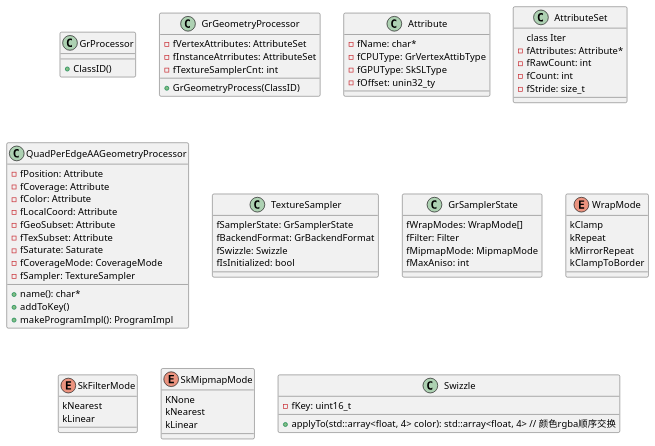
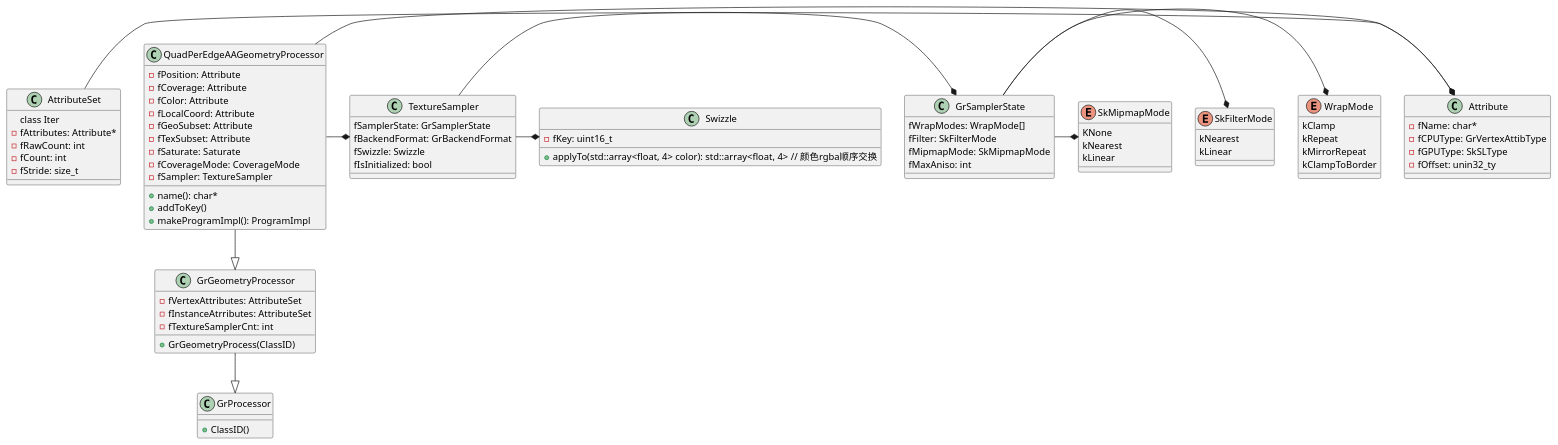
One commit to liuyanxing/note changed the diagram in skia/class/GrProcessor.puml. Above: the diagram before and after it, drawn with PlantUML.

Commit message:
add note

```diff
--- a/skia/class/GrProcessor.puml
+++ b/skia/class/GrProcessor.puml
@@ -1,79 +1,94 @@
 @startuml GrProcessor
 	class GrProcessor {
 		+ClassID()
 	}
 
 	class GrGeometryProcessor {
 		+GrGeometryProcess(ClassID)
 		-fVertexAttributes: AttributeSet
 		-fInstanceAtrributes: AttributeSet
 		-fTextureSamplerCnt: int
 	}
+
+	GrGeometryProcessor --|> GrProcessor
 
 	class Attribute {
 		-fName: char*
 		-fCPUType: GrVertexAttibType
 		-fGPUType: SkSLType
 		-fOffset: unin32_ty
 	}
 
 	class AttributeSet {
 		class Iter
 		-fAttributes: Attribute*
 		-fRawCount: int
 		-fCount: int
 		-fStride: size_t
 	}
 
+	AttributeSet -* Attribute
+
 	class QuadPerEdgeAAGeometryProcessor {
 		+name(): char*
 		+addToKey()
 		+makeProgramImpl(): ProgramImpl 
 		-fPosition: Attribute
 		-fCoverage: Attribute
 		-fColor: Attribute
 		-fLocalCoord: Attribute
 		-fGeoSubset: Attribute
 		-fTexSubset: Attribute
 		-fSaturate: Saturate
 		-fCoverageMode: CoverageMode
 		-fSampler: TextureSampler
 	}
 
+	QuadPerEdgeAAGeometryProcessor --|> GrGeometryProcessor
+	QuadPerEdgeAAGeometryProcessor -* TextureSampler
+	QuadPerEdgeAAGeometryProcessor -* Attribute
+
 	class TextureSampler {
 		fSamplerState: GrSamplerState
 		fBackendFormat: GrBackendFormat
 		fSwizzle: Swizzle
 		fIsInitialized: bool
 	}
 
 	class GrSamplerState {
 		fWrapModes: WrapMode[]
-		fFilter: Filter
-		fMipmapMode: MipmapMode
+		fFilter: SkFilterMode
+		fMipmapMode: SkMipmapMode
 		fMaxAniso: int
 	}
+
+	TextureSampler -* GrSamplerState
+	TextureSampler -* Swizzle
+
+	GrSamplerState -* WrapMode
+	GrSamplerState -* SkFilterMode
+	GrSamplerState -* SkMipmapMode
 
 	enum WrapMode {
 		kClamp
 		kRepeat
 		kMirrorRepeat
 		kClampToBorder
 	}
 
 	enum SkFilterMode {
 		kNearest
 		kLinear
 	}
 
 	enum SkMipmapMode {
 		KNone
 		kNearest
 		kLinear
 	}
 
 	class Swizzle {
 		+applyTo(std::array<float, 4> color): std::array<float, 4> // 颜色rgba顺序交换
 		-fKey: uint16_t
 	}
 @enduml
```
